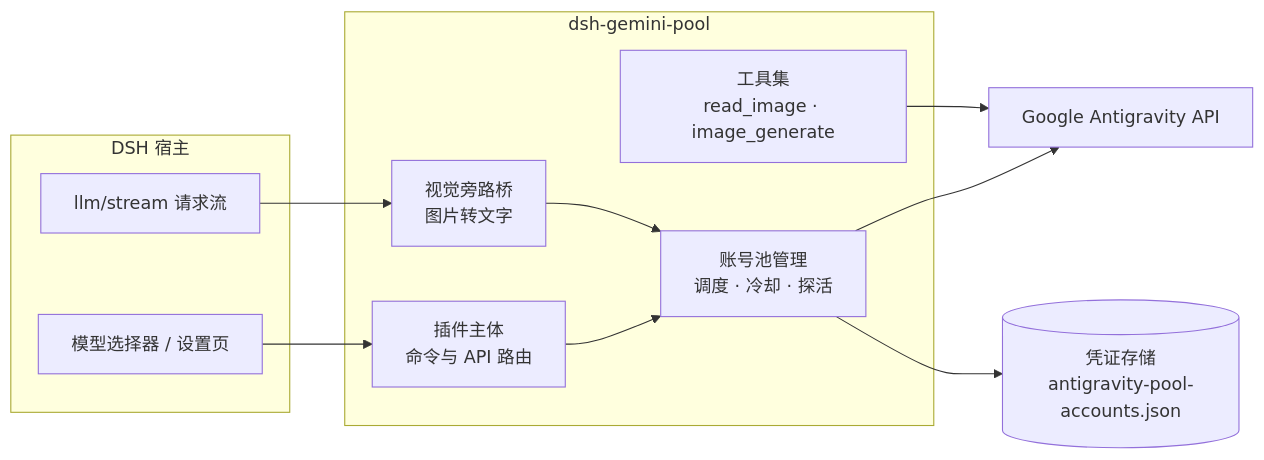
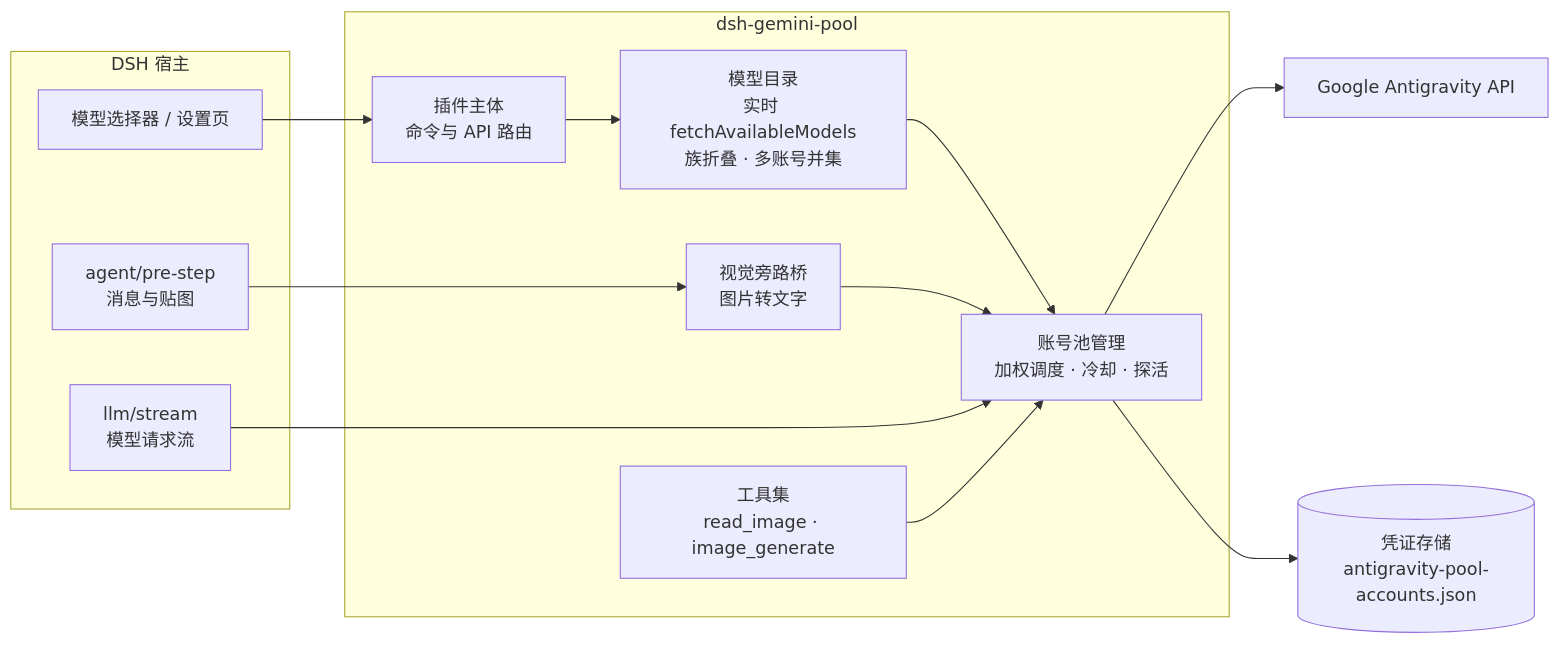
The diagram in README.md (qikairo7/dsh-gemini-pool), drawn with Mermaid before and after one commit. The commit also changed other lines of this file and 3 other files, not shown here.

````diff
--- a/README.md
+++ b/README.md
@@ -227,22 +246,25 @@
 ```mermaid
 flowchart LR
   subgraph HOST["DSH 宿主"]
-    LLM["llm/stream 请求流"]
+    PRE["agent/pre-step<br/>消息与贴图"]
+    LLM["llm/stream<br/>模型请求流"]
     SEL["模型选择器 / 设置页"]
   end
   subgraph PLUGIN["dsh-gemini-pool"]
     CORE["插件主体<br/>命令与 API 路由"]
-    POOL["账号池管理<br/>调度 · 冷却 · 探活"]
+    CATALOG["模型目录<br/>实时 fetchAvailableModels<br/>族折叠 · 多账号并集"]
+    POOL["账号池管理<br/>加权调度 · 冷却 · 探活"]
     VB["视觉旁路桥<br/>图片转文字"]
     TOOLS["工具集<br/>read_image · image_generate"]
   end
   STORE[("凭证存储<br/>antigravity-pool-accounts.json")]
   GOOGLE["Google Antigravity API"]
 
   SEL --> CORE
-  LLM --> VB --> POOL
-  CORE --> POOL
-  TOOLS --> GOOGLE
+  CORE --> CATALOG --> POOL
+  PRE --> VB --> POOL
+  LLM --> POOL
+  TOOLS --> POOL
   POOL --> GOOGLE
   POOL --> STORE
 ```
````
